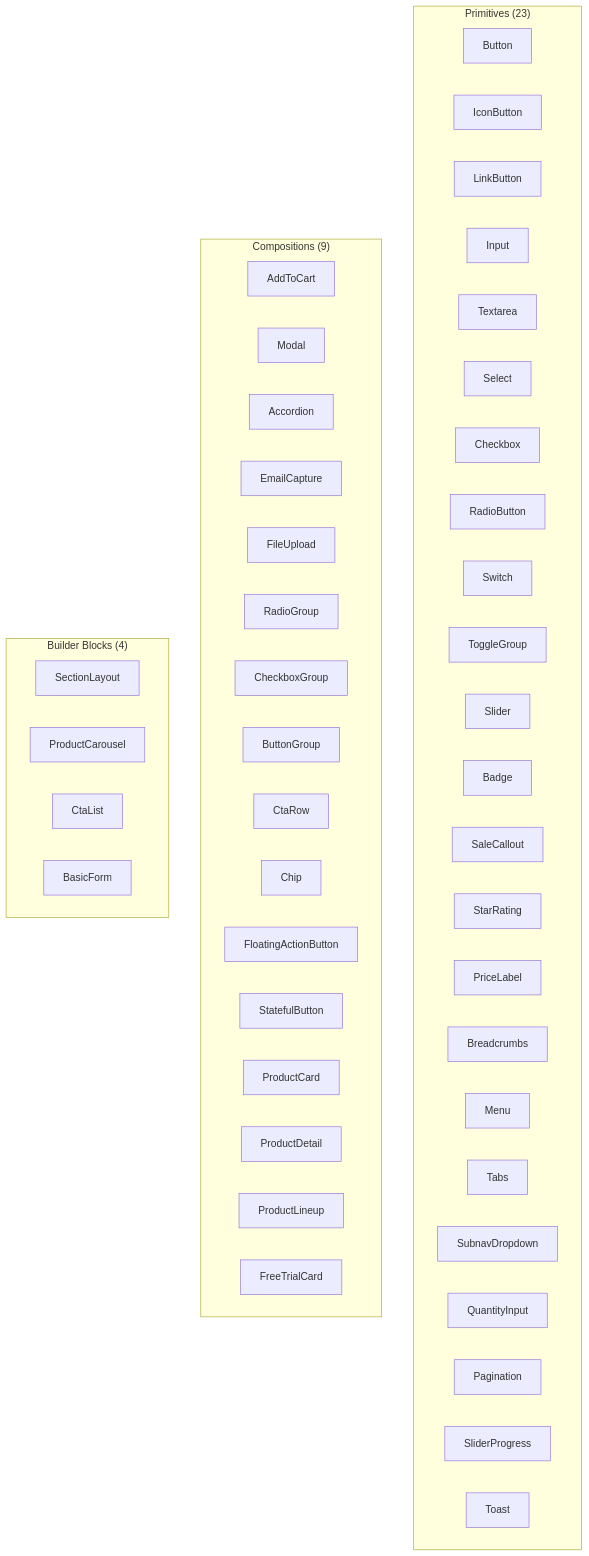
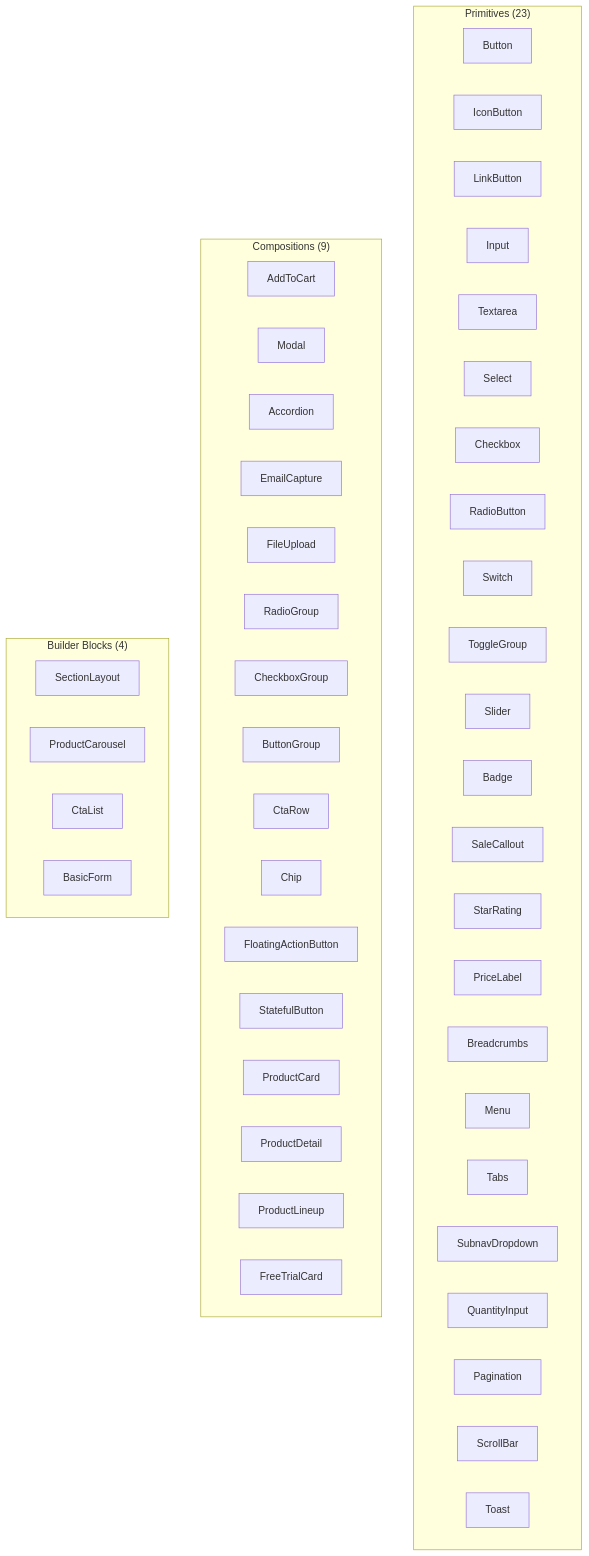
Before and after one commit to calebn/design-system-theme-evolution: the first of 2 diagrams in inventory/docs/08-taxonomy.md, drawn with Mermaid. The commit also changed other lines of this file and 10 other files, not shown here.

Commit message:
Rename SliderProgress to ScrollBar; unmap Slider page selector as a layout pattern.

````diff
--- a/inventory/docs/08-taxonomy.md
+++ b/inventory/docs/08-taxonomy.md
@@ -17,52 +17,52 @@
 ```mermaid
 graph TD
   subgraph primitives ["Primitives (23)"]
     Button["Button"]
     IconButton["IconButton"]
     LinkButton["LinkButton"]
     Input["Input"]
     Textarea["Textarea"]
     Select["Select"]
     Checkbox["Checkbox"]
     RadioButton["RadioButton"]
     Switch["Switch"]
     ToggleGroup["ToggleGroup"]
     Slider["Slider"]
     Badge["Badge"]
     SaleCallout["SaleCallout"]
     StarRating["StarRating"]
     PriceLabel["PriceLabel"]
     Breadcrumbs["Breadcrumbs"]
     Menu["Menu"]
     Tabs["Tabs"]
     SubnavDropdown["SubnavDropdown"]
     QuantityInput["QuantityInput"]
     Pagination["Pagination"]
-    SliderProgress["SliderProgress"]
+    ScrollBar["ScrollBar"]
     Toast["Toast"]
   end
   subgraph compositions ["Compositions (9)"]
     AddToCart["AddToCart"]
     Modal["Modal"]
     Accordion["Accordion"]
     EmailCapture["EmailCapture"]
     FileUpload["FileUpload"]
     RadioGroup["RadioGroup"]
     CheckboxGroup["CheckboxGroup"]
     ButtonGroup["ButtonGroup"]
     CtaRow["CtaRow"]
     Chip["Chip"]
     FloatingActionButton["FloatingActionButton"]
     StatefulButton["StatefulButton"]
     ProductCard["ProductCard"]
     ProductDetail["ProductDetail"]
     ProductLineup["ProductLineup"]
     FreeTrialCard["FreeTrialCard"]
   end
   subgraph builderBlocks ["Builder Blocks (4)"]
     SectionLayout["SectionLayout"]
     ProductCarousel["ProductCarousel"]
     CtaList["CtaList"]
     BasicForm["BasicForm"]
   end
 ```
````
